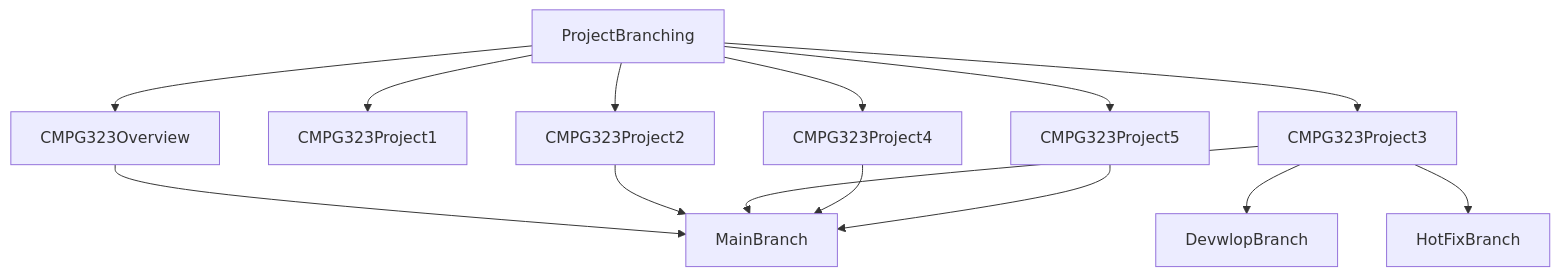
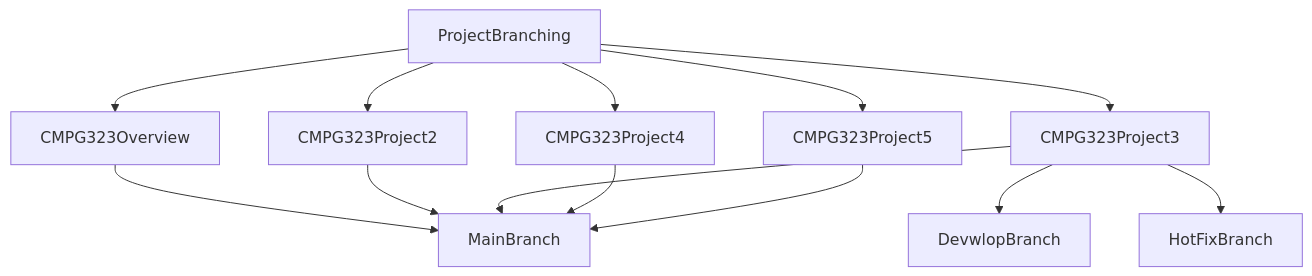
One commit to Cryslender/CMPG-323-Overview-36627399 changed the second of 2 diagrams in README.md. Above: the diagram before and after it, drawn with Mermaid. The commit also changed other lines of this file, not shown here.

````diff
--- a/README.md
+++ b/README.md
@@ -43,16 +44,15 @@
 ```mermaid
   graph TB;
       ProjectBranching-->CMPG323Overview;
-      ProjectBranching-->CMPG323Project1;
       ProjectBranching-->CMPG323Project2;
       ProjectBranching-->CMPG323Project3;
       ProjectBranching-->CMPG323Project4;
       ProjectBranching-->CMPG323Project5;
       CMPG323Overview-->MainBranch;
       CMPG323Project2-->MainBranch;
       CMPG323Project3-->MainBranch;
       CMPG323Project3-->DevwlopBranch;
       CMPG323Project3-->HotFixBranch;
       CMPG323Project4-->MainBranch;
       CMPG323Project5-->MainBranch;
   ```
````
